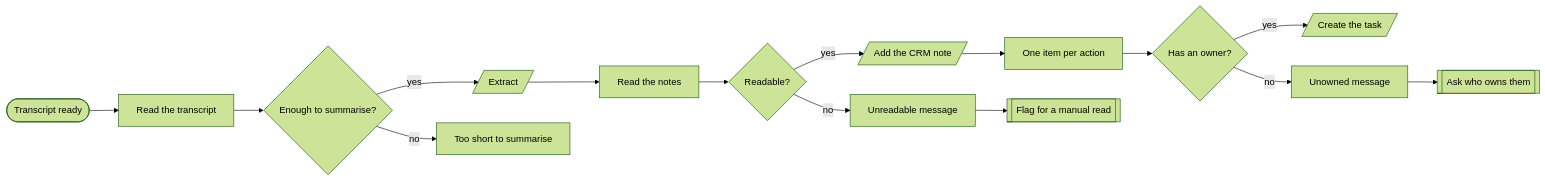
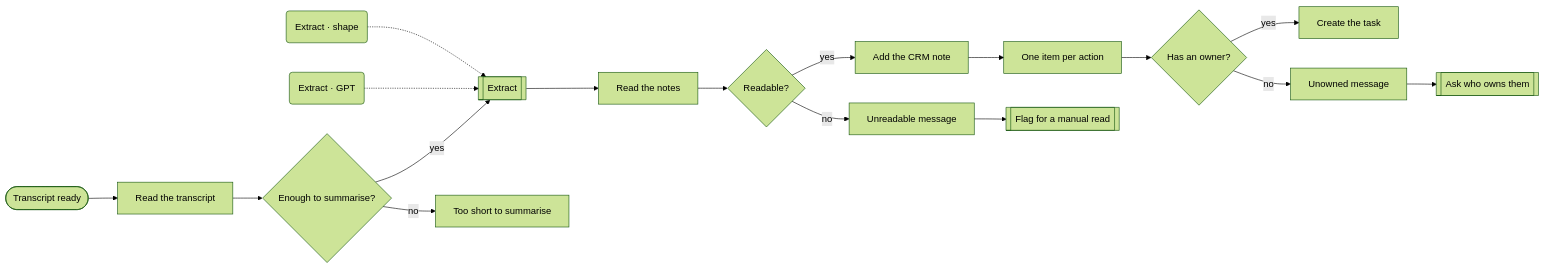
Before and after one commit to kimjoshuadr/n8n-workflows: the second of 5 diagrams in workflows/sales/README.md, drawn with Mermaid (forest theme). The commit also changed other lines of this file and 184 other files, not shown here.

Commit message:
Finish the move to named platforms: blocks, BambooHR, generated README, schema and platform marks

````diff
--- a/workflows/sales/README.md
+++ b/workflows/sales/README.md
@@ -64,32 +62,36 @@
 ```mermaid
 flowchart LR
   n1610stc(["Transcript ready"])
   nb9sirs["Read the transcript"]
   n1d0070z{"Enough to summarise?"}
-  n1tn3m9m[/"Extract"/]
+  n1tn3m9m[["Extract"]]
+  n1rjzzb0("Extract · GPT")
+  n1q0cy1e("Extract · shape")
   nrffov["Read the notes"]
   n1r13jew{"Readable?"}
-  nbha9ex[/"Add the CRM note"/]
+  nbha9ex["Add the CRM note"]
   nre2kxx["One item per action"]
   n1jzfx4i{"Has an owner?"}
-  n1s5o8s1[/"Create the task"/]
+  n1s5o8s1["Create the task"]
   n11m6dn0["Unowned message"]
   najd3xb[["Ask who owns them"]]
   n1qct5g7["Unreadable message"]
   n1ak1nrh[["Flag for a manual read"]]
   n1hyi4ii["Too short to summarise"]
   n1610stc --> nb9sirs
   nb9sirs --> n1d0070z
   n1d0070z -->|yes| n1tn3m9m
   n1tn3m9m --> nrffov
   nrffov --> n1r13jew
   n1r13jew -->|yes| nbha9ex
   nbha9ex --> nre2kxx
   nre2kxx --> n1jzfx4i
   n1jzfx4i -->|yes| n1s5o8s1
   n1d0070z -->|no| n1hyi4ii
   n1r13jew -->|no| n1qct5g7
   n1qct5g7 --> n1ak1nrh
   n1jzfx4i -->|no| n11m6dn0
   n11m6dn0 --> najd3xb
+  n1rjzzb0 -.-> n1tn3m9m
+  n1q0cy1e -.-> n1tn3m9m
 ```
````
